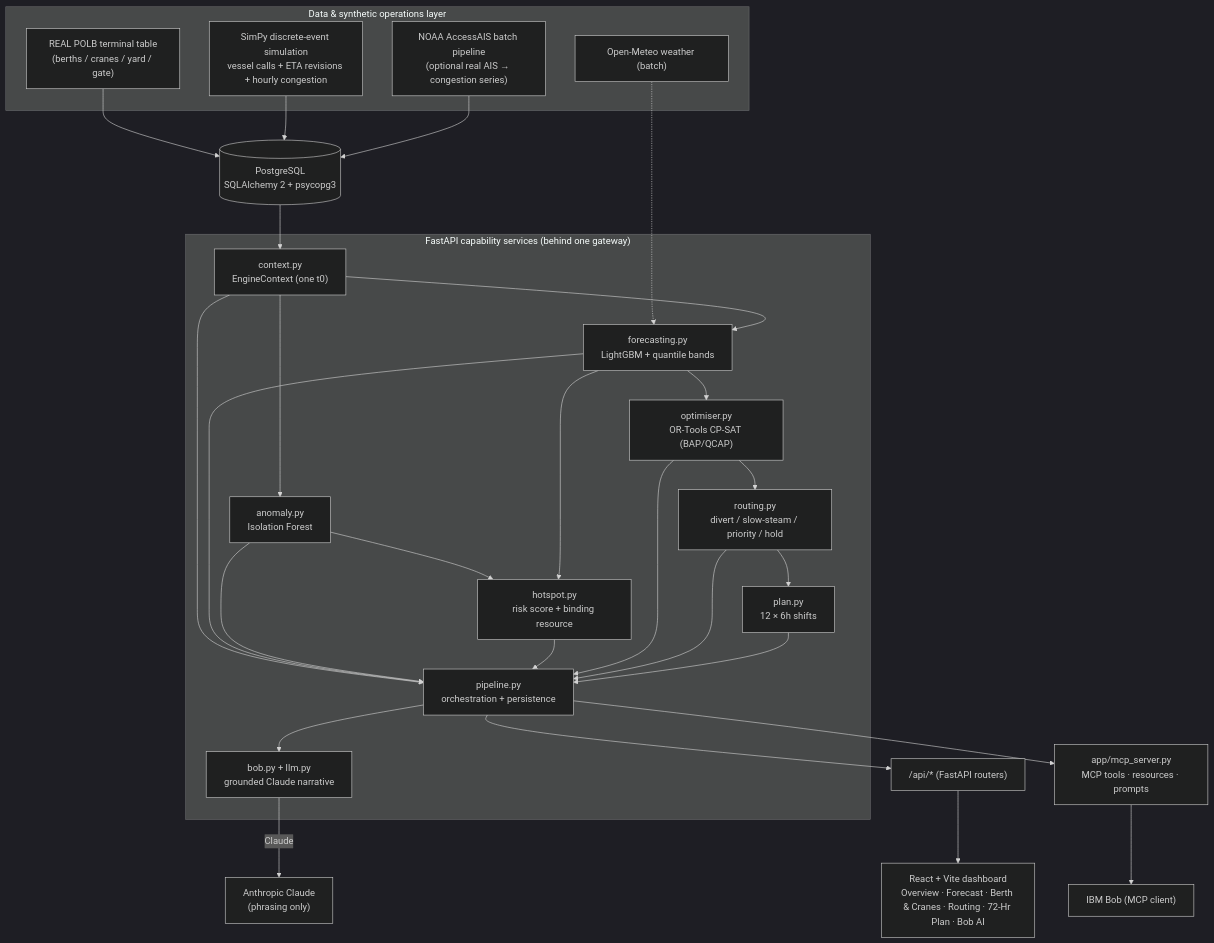
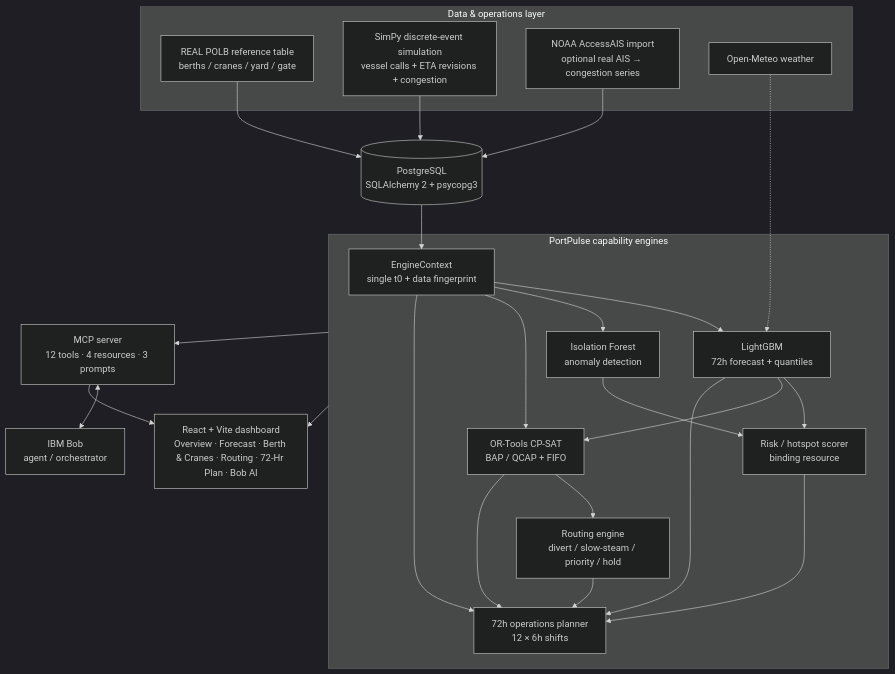
One commit to Aryan-B-Parikh/bob-ai-hackathon-elevatex changed the diagram in docs/architecture.md. Above: the diagram before and after it, drawn with Mermaid (dark theme). The commit also changed other lines of this file, not shown here.

Commit message:
docs: synchronize architecture with Bob-only runtime

````diff
--- a/docs/architecture.md
+++ b/docs/architecture.md
@@ -9,47 +7,47 @@
 ```mermaid
 flowchart TB
-    subgraph DATA["Data & synthetic operations layer"]
-        REF["REAL POLB terminal table<br/>(berths / cranes / yard / gate)"]
-        SIM["SimPy discrete-event simulation<br/>vessel calls + ETA revisions + hourly congestion"]
-        AIS["NOAA AccessAIS batch pipeline<br/>(optional real AIS → congestion series)"]
-        WX["Open-Meteo weather (batch)"]
+    subgraph DATA["Data & operations layer"]
+        REF["REAL POLB reference table<br/>berths / cranes / yard / gate"]
+        SIM["SimPy discrete-event simulation<br/>vessel calls + ETA revisions + congestion"]
+        AIS["NOAA AccessAIS import<br/>optional real AIS → congestion series"]
+        WX["Open-Meteo weather"]
     end
 
     DB[("PostgreSQL<br/>SQLAlchemy 2 + psycopg3")]
 
-    subgraph SVC["FastAPI capability services (behind one gateway)"]
-        CTX["context.py<br/>EngineContext (one t0)"]
-        FC["forecasting.py<br/>LightGBM + quantile bands"]
-        AN["anomaly.py<br/>Isolation Forest"]
-        HS["hotspot.py<br/>risk score + binding resource"]
-        OPT["optimiser.py<br/>OR-Tools CP-SAT (BAP/QCAP)"]
-        RT["routing.py<br/>divert / slow-steam / priority / hold"]
-        PL["plan.py<br/>12 × 6h shifts"]
-        BOB["bob.py + llm.py<br/>grounded Claude narrative"]
-        PIPE["pipeline.py<br/>orchestration + persistence"]
+    subgraph ENG["PortPulse capability engines"]
+        CTX["EngineContext<br/>single t0 + data fingerprint"]
+        FC["LightGBM<br/>72h forecast + quantiles"]
+        AN["Isolation Forest<br/>anomaly detection"]
+        HS["Risk / hotspot scorer<br/>binding resource"]
+        OPT["OR-Tools CP-SAT<br/>BAP / QCAP + FIFO"]
+        RT["Routing engine<br/>divert / slow-steam / priority / hold"]
+        PL["72h operations planner<br/>12 × 6h shifts"]
     end
 
+    MCP["MCP server<br/>12 tools · 4 resources · 3 prompts"]
+    BOB["IBM Bob<br/>agent / orchestrator"]
     UI["React + Vite dashboard<br/>Overview · Forecast · Berth & Cranes · Routing · 72-Hr Plan · Bob AI"]
 
     REF --> DB
     SIM --> DB
     AIS --> DB
     WX -.-> FC
-    DB --> CTX --> FC
-    CTX --> AN --> HS
+    DB --> CTX
+    CTX --> FC
+    CTX --> AN
     FC --> HS
-    FC --> OPT --> RT --> PL
-    CTX --> PIPE
-    FC --> PIPE
-    AN --> PIPE
-    HS --> PIPE
-    OPT --> PIPE
-    RT --> PIPE
-    PL --> PIPE
-    PIPE --> BOB
-    BOB -->|Claude| LLM["Anthropic Claude<br/>(phrasing only)"]
-    PIPE --> API["/api/* (FastAPI routers)"]
-    API --> UI
-    PIPE --> MCP["app/mcp_server.py<br/>MCP tools · resources · prompts"]
-    MCP --> BOBAGENT["IBM Bob (MCP client)"]
+    AN --> HS
+    CTX --> OPT
+    FC --> OPT
+    OPT --> RT
+    RT --> PL
+    CTX --> PL
+    FC --> PL
+    HS --> PL
+    OPT --> PL
+    ENG --> MCP
+    MCP <--> BOB
+    ENG --> UI
+    MCP --> UI
 ```
````
